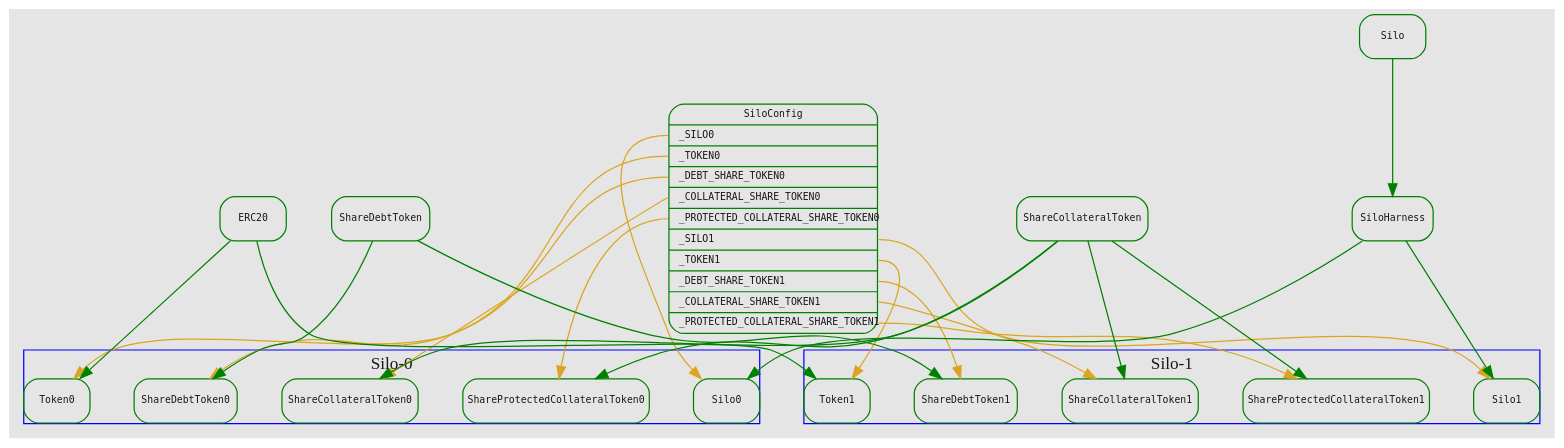
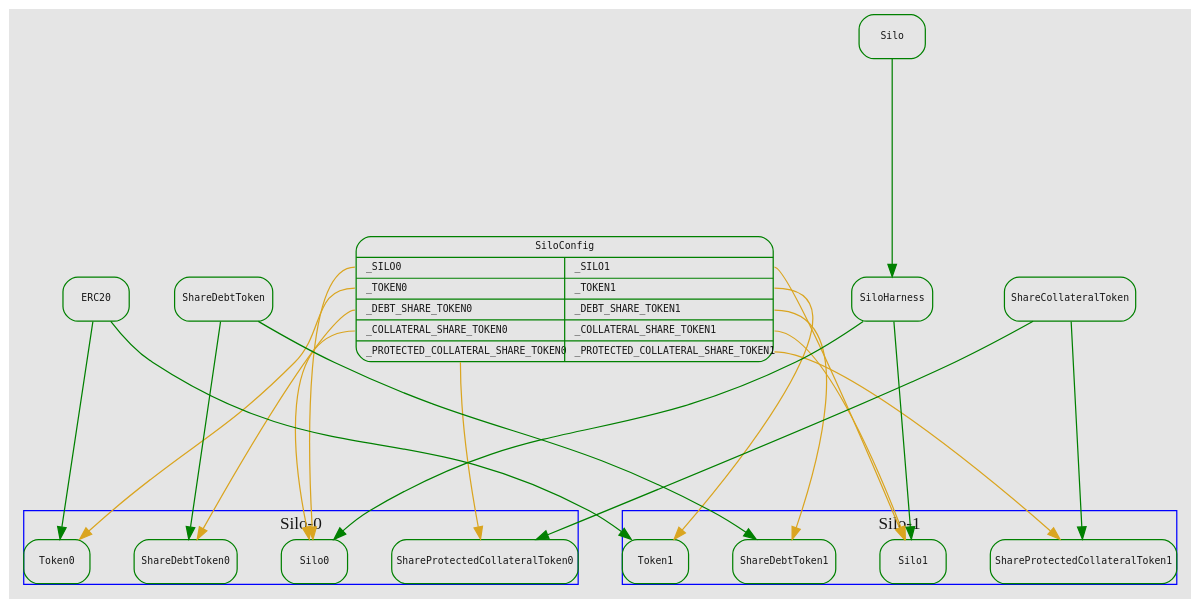
Before and after one commit to silo-finance/silo-contracts-v2: the diagram in certora/docs/source/setup_diagram.dot, drawn with Graphviz. The commit also changed 3 other files, not shown here.

```diff
--- a/certora/docs/source/setup_diagram.dot
+++ b/certora/docs/source/setup_diagram.dot
@@ -1,132 +1,122 @@
 digraph {
     graph [
         bgcolor=gray90 color=blue fontcolor=gray9
-            labelloc=t nodesep=0.5 ranksep=0.5 margin=0
-            rankdir=TB 
+        labelloc=t nodesep=0.5 ranksep=2 margin=0
+        rankdir=TB 
     ]
     node [
-    color=green fontcolor=gray9
+        color=green fontcolor=gray9
         shape=Mrecord fontname="DejaVu Sans Mono" fontsize=8
     ]
     edge [
-    color=goldenrod fontcolor=gray9
+        color=goldenrod fontcolor=gray9
         arrowhead=normal
         fontname="DejaVu Sans Mono" fontsize=8
     ]
 
     SiloConfig [
-    label="{SiloConfig|
-        <_SILO0> _SILO0\l |
+        label="{SiloConfig|
+        {{<_SILO0> _SILO0\l |
         <_TOKEN0> _TOKEN0\l |
         <_DEBT_SHARE_TOKEN0> _DEBT_SHARE_TOKEN0\l |
         <_COLLATERAL_SHARE_TOKEN0> _COLLATERAL_SHARE_TOKEN0\l |
-        <_PROTECTED_COLLATERAL_SHARE_TOKEN0> _PROTECTED_COLLATERAL_SHARE_TOKEN0\l | 
-        <_SILO1> _SILO1\l |
+        <_PROTECTED_COLLATERAL_SHARE_TOKEN0> _PROTECTED_COLLATERAL_SHARE_TOKEN0\l  }|
+        {<_SILO1> _SILO1\l |
         <_TOKEN1> _TOKEN1\l |
         <_DEBT_SHARE_TOKEN1> _DEBT_SHARE_TOKEN1\l |
         <_COLLATERAL_SHARE_TOKEN1> _COLLATERAL_SHARE_TOKEN1\l |
-        <_PROTECTED_COLLATERAL_SHARE_TOKEN1> _PROTECTED_COLLATERAL_SHARE_TOKEN1\l}"
+        <_PROTECTED_COLLATERAL_SHARE_TOKEN1> _PROTECTED_COLLATERAL_SHARE_TOKEN1\l  }}}"
         tooltip="silo-core/contracts/SiloConfig.sol"
     ]
     SiloConfig:_SILO0 -> Silo0
     SiloConfig:_TOKEN0 -> Token0
     SiloConfig:_DEBT_SHARE_TOKEN0 -> ShareDebtToken0
-    SiloConfig:_COLLATERAL_SHARE_TOKEN0 -> ShareCollateralToken0
+    SiloConfig:_COLLATERAL_SHARE_TOKEN0 -> Silo0
     SiloConfig:_PROTECTED_COLLATERAL_SHARE_TOKEN0 -> ShareProtectedCollateralToken0
 
     SiloConfig:_SILO1 -> Silo1
     SiloConfig:_TOKEN1 -> Token1
     SiloConfig:_DEBT_SHARE_TOKEN1 -> ShareDebtToken1
-    SiloConfig:_COLLATERAL_SHARE_TOKEN1 -> ShareCollateralToken1
+    SiloConfig:_COLLATERAL_SHARE_TOKEN1 -> Silo1
     SiloConfig:_PROTECTED_COLLATERAL_SHARE_TOKEN1 -> ShareProtectedCollateralToken1
 
     ERC20 [label="ERC20" tooltip="@openzeppelin/contracts/token/ERC20/ERC20.sol"]
     ERC20 -> Token0 [color=green]
     ERC20 -> Token1 [color=green]
 
     ShareDebtToken [
-    label="ShareDebtToken"
+        label="ShareDebtToken"
         tooltip="silo-core/contracts/utils/ShareDebtToken.sol"
     ]
     ShareDebtToken -> ShareDebtToken0 [color=green]
     ShareDebtToken -> ShareDebtToken1 [color=green]
 
     ShareCollateralToken [
-    label="ShareCollateralToken"
+        label="ShareCollateralToken"
         tooltip="silo-core/contracts/utils/ShareCollateralToken.sol"
     ]
-    ShareCollateralToken -> ShareCollateralToken0 [color=green]
-    ShareCollateralToken -> ShareCollateralToken1 [color=green]
     ShareCollateralToken -> ShareProtectedCollateralToken0 [color=green]
     ShareCollateralToken -> ShareProtectedCollateralToken1 [color=green]
 
     SiloHarness [
-    label="SiloHarness"
+        label="SiloHarness"
         tooltip="certora/harness/SiloHarness.sol"
         href="https://github.com/Certora/silo-contracts-v2-mirror/blob/shoham/cleaned-setup/certora/harness/SiloHarness.sol"
         target="_blank"
     ]
     Silo [label="Silo" tooltip="silo-core/contracts/Silo.sol"]           
     Silo -> SiloHarness [color=green]
     SiloHarness -> Silo0 [color=green]
     SiloHarness -> Silo1 [color=green]
 
     subgraph cluster_0 {
         label="Silo-0"
-            edge [color=green]
-            Silo0 [
+        edge [color=green]
+        Silo0 [
             label="Silo0"
-                tooltip="certora/harness/silo0/Silo0.sol"
-                href="https://github.com/Certora/silo-contracts-v2-mirror/blob/shoham/cleaned-setup/certora/harness/silo0/Silo0.sol"
-                target="_blank"
-            ]
+            tooltip="certora/harness/silo0/Silo0.sol"
+            href="https://github.com/Certora/silo-contracts-v2-mirror/blob/shoham/cleaned-setup/certora/harness/silo0/Silo0.sol"
+            target="_blank"
+        ]
 
-            Token0 [
+        Token0 [
             label="Token0"
-                tooltip="certora/mocks/Token0.sol"
-                href="https://github.com/Certora/silo-contracts-v2-mirror/blob/shoham/cleaned-setup/certora/mocks/Token0.sol"
-                target="_blank"
-            ]
-            ShareDebtToken0 [
+            tooltip="certora/mocks/Token0.sol"
+            href="https://github.com/Certora/silo-contracts-v2-mirror/blob/shoham/cleaned-setup/certora/mocks/Token0.sol"
+            target="_blank"
+        ]
+        ShareDebtToken0 [
             label="ShareDebtToken0"
-                tooltip="certora/harness/silo0/ShareDebtToken0.sol"
-            ]
-            ShareCollateralToken0 [
-            label="ShareCollateralToken0"
-                tooltip="certora/harness/silo0/ShareCollateralToken0.sol"
-            ]
-            ShareProtectedCollateralToken0 [
+            tooltip="certora/harness/silo0/ShareDebtToken0.sol"
+        ]
+        ShareProtectedCollateralToken0 [
             label="ShareProtectedCollateralToken0"
-                tooltip="certora/harness/silo0/ShareProtectedCollateralToken0.sol"
-            ]
+            tooltip="certora/harness/silo0/ShareProtectedCollateralToken0.sol"
+        ]
     }
 
     subgraph cluster_1 {
         label="Silo-1"
-            edge [color=green]
-            Silo1 [
+        edge [color=green]
+        Silo1 [
             label="Silo1"
-                tooltip="certora/harness/silo1/Silo1.sol"
-                href="https://github.com/Certora/silo-contracts-v2-mirror/blob/shoham/cleaned-setup/certora/harness/silo1/Silo1.sol"
-                target="_blank"
-            ]
-            Token1 [
-            label="Token1"
-                tooltip="certora/mocks/Token1.sol"
-                href="https://github.com/Certora/silo-contracts-v2-mirror/blob/shoham/cleaned-setup/certora/mocks/Token1.sol"
-                target="_blank"
-            ]
-            ShareDebtToken1 [
+            tooltip="certora/harness/silo1/Silo1.sol"
+            href="https://github.com/Certora/silo-contracts-v2-mirror/blob/shoham/cleaned-setup/certora/harness/silo1/Silo1.sol"
+            target="_blank"
+        ]
+        Token1 [
+        label="Token1"
+            tooltip="certora/mocks/Token1.sol"
+            href="https://github.com/Certora/silo-contracts-v2-mirror/blob/shoham/cleaned-setup/certora/mocks/Token1.sol"
+            target="_blank"
+        ]
+        ShareDebtToken1 [
             label="ShareDebtToken1"
-                tooltip="certora/harness/silo1/ShareDebtToken1.sol"
-            ]
-            ShareCollateralToken1 [
-            label="ShareCollateralToken1"
-                tooltip="certora/harness/silo1/ShareCollateralToken1.sol"
-            ]
-            ShareProtectedCollateralToken1 [
+            tooltip="certora/harness/silo1/ShareDebtToken1.sol"
+        ]
+        ShareProtectedCollateralToken1 [
             label="ShareProtectedCollateralToken1"
-                tooltip="certora/harness/silo1/ShareProtectedCollateralToken1.sol"
-            ]
+            tooltip="certora/harness/silo1/ShareProtectedCollateralToken1.sol"
+        ]
     }
 }
```
